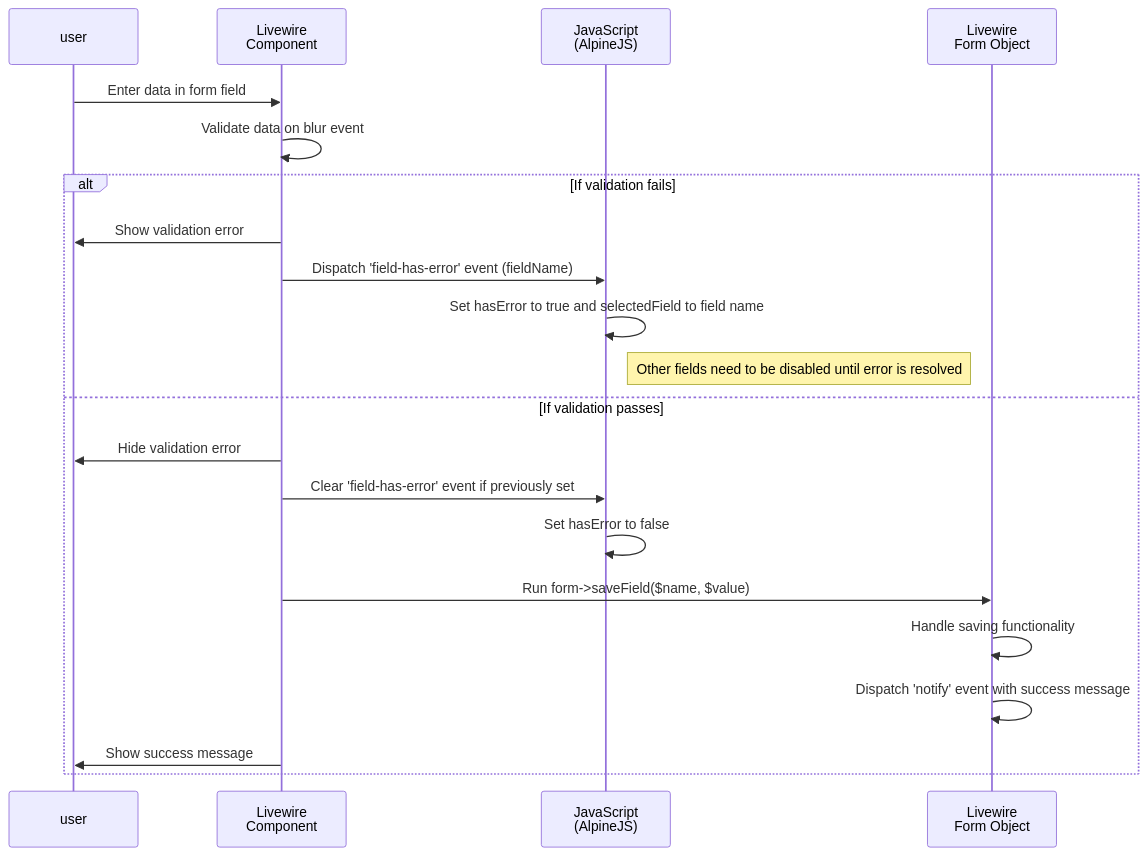
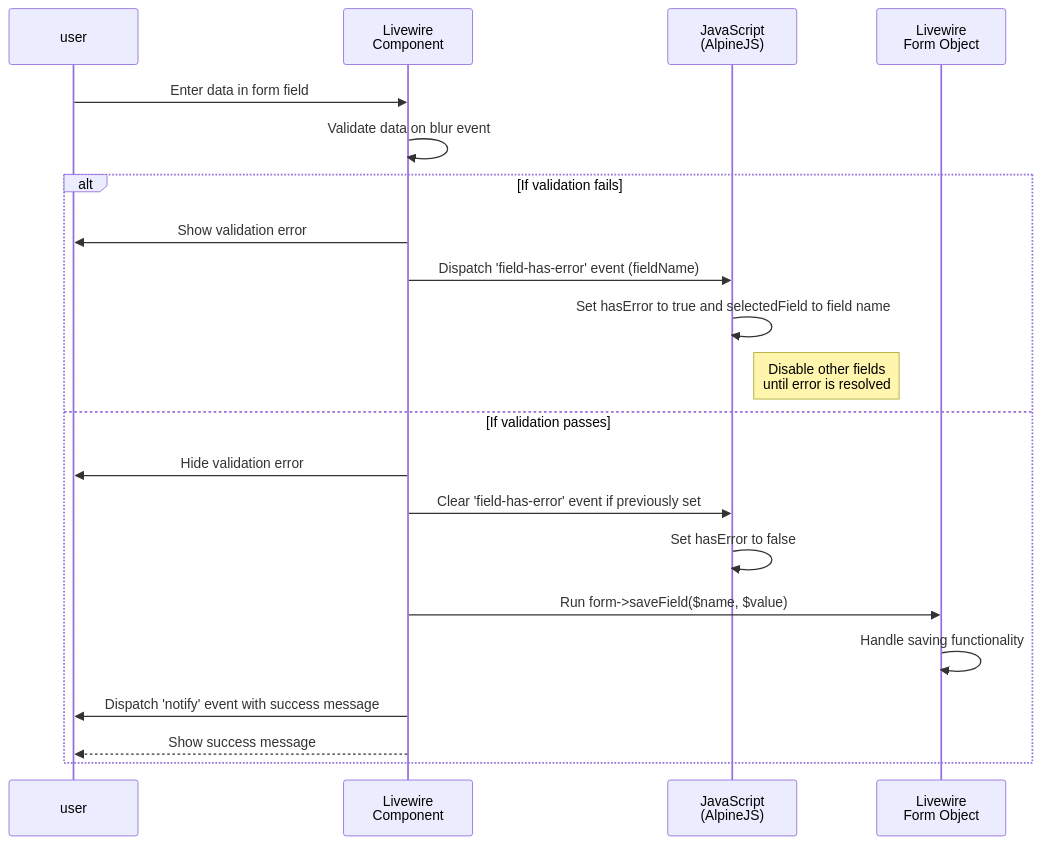
One commit to naykel76/nbw_site changed the diagram in resources/views/diagrams/real-time-saving-with-error-trapping.md. Above: the diagram before and after it, drawn with Mermaid. The commit also changed 2 other files, not shown here.

Commit message:
updeated RTS

````diff
--- a/resources/views/diagrams/real-time-saving-with-error-trapping.md
+++ b/resources/views/diagrams/real-time-saving-with-error-trapping.md
@@ -1,27 +1,27 @@
 ```mermaid
 sequenceDiagram
     participant user
     participant component as Livewire <br>Component
     participant alpine as JavaScript <br>(AlpineJS)
     participant form as Livewire <br>Form Object
 
     user->>component: Enter data in form field
     component->>component: Validate data on blur event
 
     alt If validation fails
         component->>user: Show validation error
         component->>alpine: Dispatch 'field-has-error' event (fieldName)
         alpine->>alpine: Set hasError to true and selectedField to field name
 
-        Note right of alpine: Other fields need to be disabled until error is resolved
+        Note right of alpine: Disable other fields <br>until error is resolved
 
     else If validation passes
         component->>user: Hide validation error
         component->>alpine: Clear 'field-has-error' event if previously set
         alpine->>alpine: Set hasError to false
         component->>form: Run form->saveField($name, $value);
         form->>form: Handle saving functionality
-        form->>form: Dispatch 'notify' event with success message
-        component->>user: Show success message
+        component->>user: Dispatch 'notify' event with success message
+        component-->>user: Show success message
     end
 ```
````
